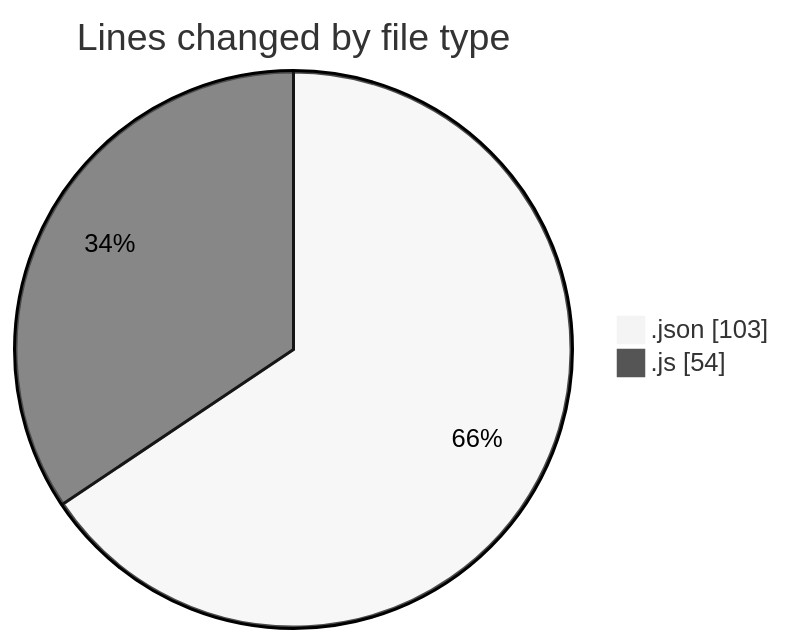
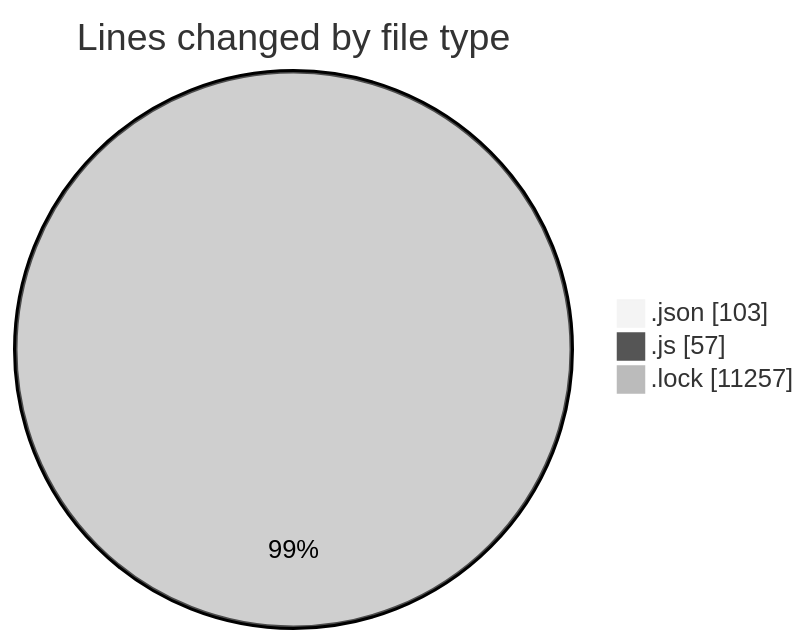
Before and after one commit to momahboobian/code-tracking: the first of 2 diagrams in 2026-01-06/cda/README.md, drawn with Mermaid (neutral theme). The commit also changed other lines of this file and 1 other file, not shown here.

````diff
--- a/2026-01-06/cda/README.md
+++ b/2026-01-06/cda/README.md
@@ -23,6 +24,7 @@
 ```mermaid
 pie showData
 title Lines changed by file type
 ".json" : 103
-".js" : 54
+".js" : 57
+".lock" : 11257
 ```
````
